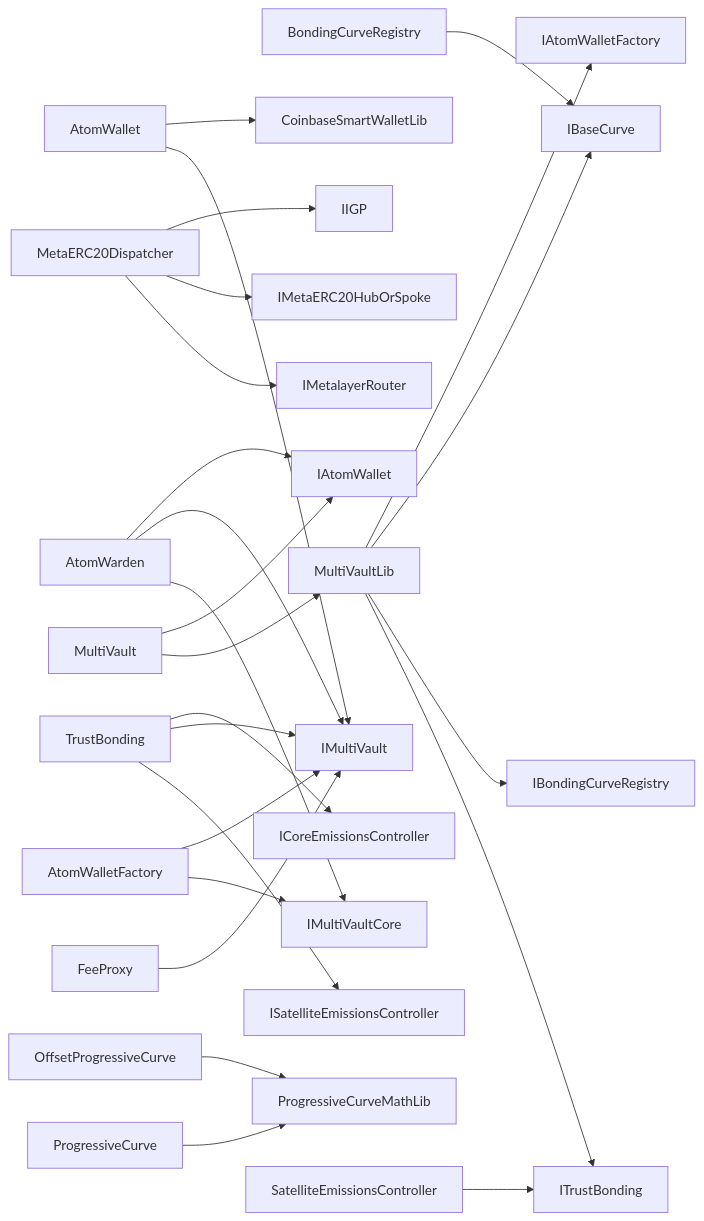
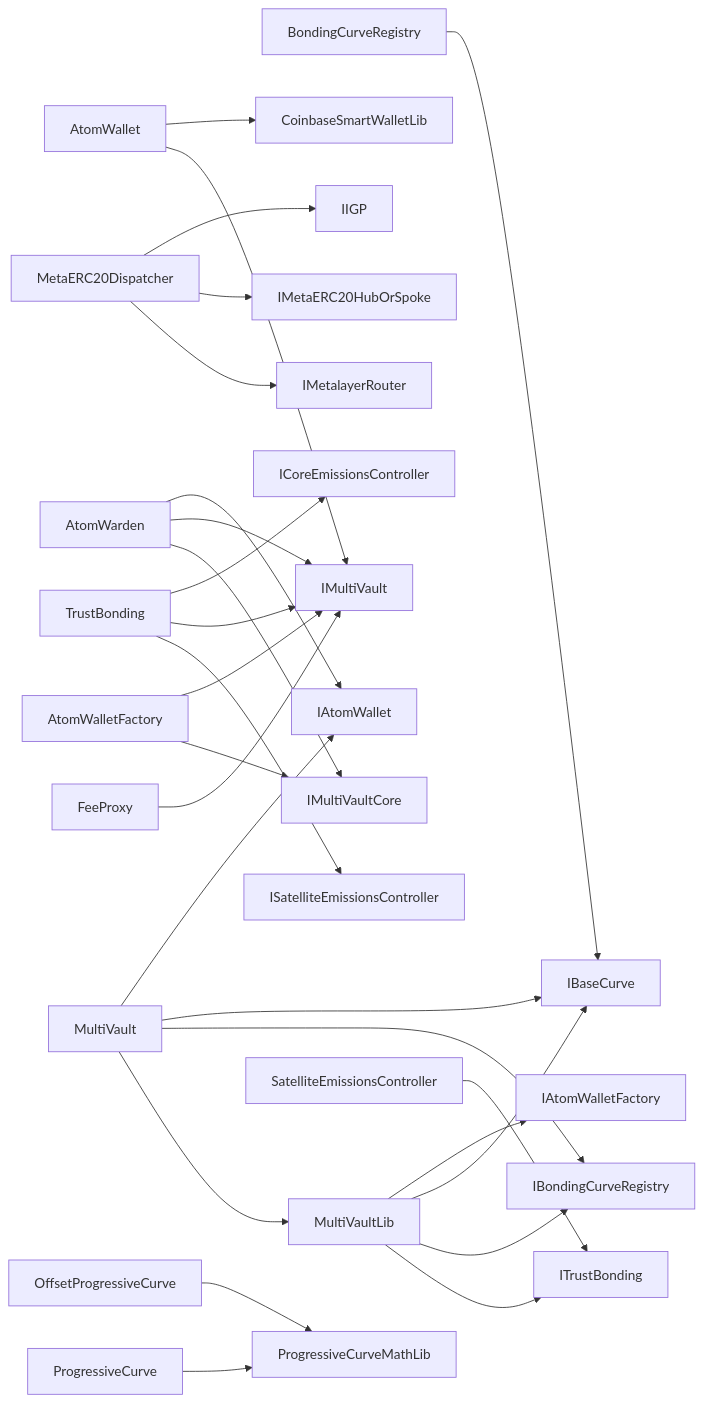
One commit to 0xIntuition/intuition-contracts-v2 changed the diagram in docs/call-flows/generated/contract-overview.md. Above: the diagram before and after it, drawn with Mermaid. The commit also changed 26 other files, not shown here.

````diff
--- a/docs/call-flows/generated/contract-overview.md
+++ b/docs/call-flows/generated/contract-overview.md
@@ -7,53 +7,55 @@
 ```mermaid
 flowchart LR
   AtomWallet["AtomWallet"]
   AtomWalletFactory["AtomWalletFactory"]
   AtomWarden["AtomWarden"]
   BondingCurveRegistry["BondingCurveRegistry"]
   CoinbaseSmartWalletLib["CoinbaseSmartWalletLib"]
   FeeProxy["FeeProxy"]
   IAtomWallet["IAtomWallet"]
   IAtomWalletFactory["IAtomWalletFactory"]
   IBaseCurve["IBaseCurve"]
   IBondingCurveRegistry["IBondingCurveRegistry"]
   ICoreEmissionsController["ICoreEmissionsController"]
   IIGP["IIGP"]
   IMetaERC20HubOrSpoke["IMetaERC20HubOrSpoke"]
   IMetalayerRouter["IMetalayerRouter"]
   IMultiVault["IMultiVault"]
   IMultiVaultCore["IMultiVaultCore"]
   ISatelliteEmissionsController["ISatelliteEmissionsController"]
   ITrustBonding["ITrustBonding"]
   MetaERC20Dispatcher["MetaERC20Dispatcher"]
   MultiVault["MultiVault"]
   MultiVaultLib["MultiVaultLib"]
   OffsetProgressiveCurve["OffsetProgressiveCurve"]
   ProgressiveCurve["ProgressiveCurve"]
   ProgressiveCurveMathLib["ProgressiveCurveMathLib"]
   SatelliteEmissionsController["SatelliteEmissionsController"]
   TrustBonding["TrustBonding"]
   AtomWallet --> CoinbaseSmartWalletLib
   AtomWallet --> IMultiVault
   AtomWalletFactory --> IMultiVault
   AtomWalletFactory --> IMultiVaultCore
   AtomWarden --> IAtomWallet
   AtomWarden --> IMultiVault
   AtomWarden --> IMultiVaultCore
   BondingCurveRegistry --> IBaseCurve
   FeeProxy --> IMultiVault
   MetaERC20Dispatcher --> IIGP
   MetaERC20Dispatcher --> IMetaERC20HubOrSpoke
   MetaERC20Dispatcher --> IMetalayerRouter
   MultiVault --> IAtomWallet
+  MultiVault --> IBaseCurve
+  MultiVault --> IBondingCurveRegistry
   MultiVault --> MultiVaultLib
   MultiVaultLib --> IAtomWalletFactory
   MultiVaultLib --> IBaseCurve
   MultiVaultLib --> IBondingCurveRegistry
   MultiVaultLib --> ITrustBonding
   OffsetProgressiveCurve --> ProgressiveCurveMathLib
   ProgressiveCurve --> ProgressiveCurveMathLib
   SatelliteEmissionsController --> ITrustBonding
   TrustBonding --> ICoreEmissionsController
   TrustBonding --> IMultiVault
   TrustBonding --> ISatelliteEmissionsController
 ```
````
